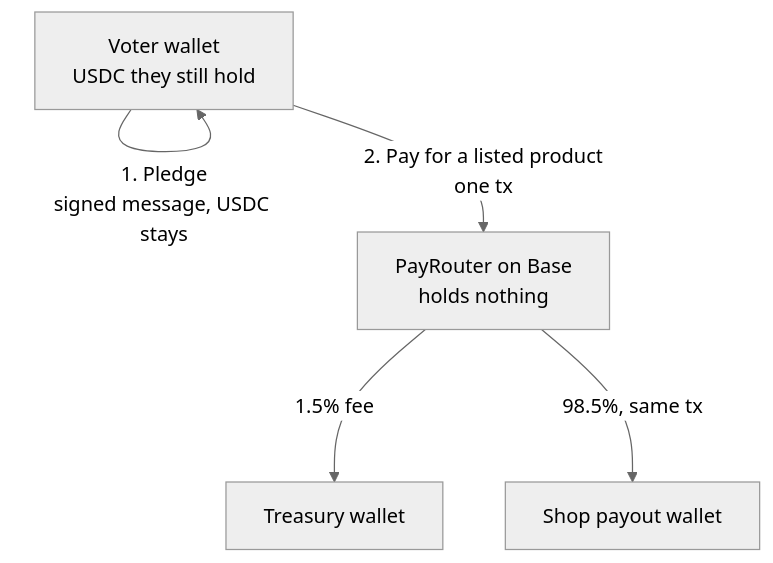
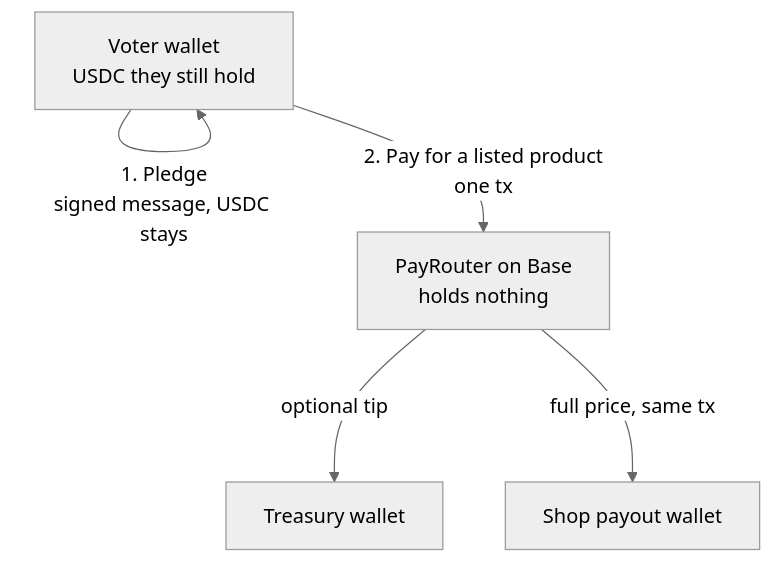
The third of 3 diagrams in spec/flows.md (isaacy13/votemap.net), drawn with Mermaid (neutral theme) before and after one commit. The commit also changed other lines of this file and 7 other files, not shown here.

````diff
--- a/spec/flows.md
+++ b/spec/flows.md
@@ -177,12 +177,12 @@
 ```mermaid
 flowchart TB
   VW["Voter wallet<br/>USDC they still hold"]
   R["PayRouter on Base<br/>holds nothing"]
   TR["Treasury wallet"]
   SH["Shop payout wallet"]
 
   VW -->|"1. Pledge<br/>signed message, USDC stays"| VW
   VW -->|"2. Pay for a listed product<br/>one tx"| R
-  R -->|"1.5% fee"| TR
-  R -->|"98.5%, same tx"| SH
+  R -->|"optional tip"| TR
+  R -->|"full price, same tx"| SH
 ```
````
